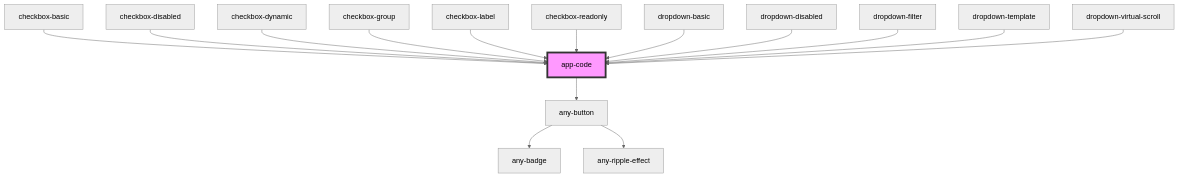
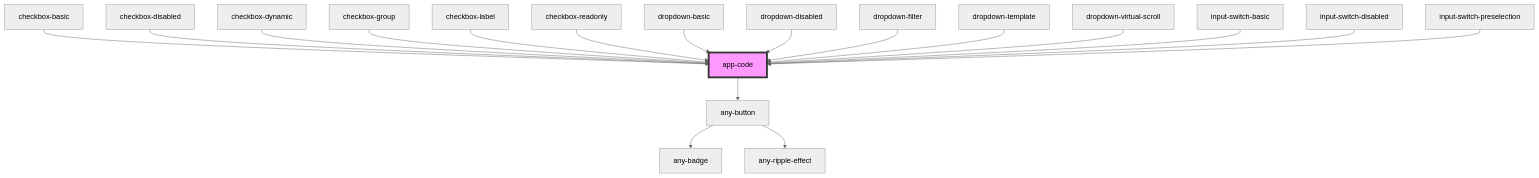
One commit to adaleks/anywhere-ui changed the diagram in packages/core/src/components/app-showcase/doc/app-code/readme.md. Above: the diagram before and after it, drawn with Mermaid (neutral theme). The commit also changed other lines of this file and 39 other files, not shown here.

Commit message:
Implemented showcase doc for input-switch component

````diff
--- a/packages/core/src/components/app-showcase/doc/app-code/readme.md
+++ b/packages/core/src/components/app-showcase/doc/app-code/readme.md
@@ -43,18 +46,21 @@
 ```mermaid
 graph TD;
   app-code --> any-button
   any-button --> any-badge
   any-button --> any-ripple-effect
   checkbox-basic --> app-code
   checkbox-disabled --> app-code
   checkbox-dynamic --> app-code
   checkbox-group --> app-code
   checkbox-label --> app-code
   checkbox-readonly --> app-code
   dropdown-basic --> app-code
   dropdown-disabled --> app-code
   dropdown-filter --> app-code
   dropdown-template --> app-code
   dropdown-virtual-scroll --> app-code
+  input-switch-basic --> app-code
+  input-switch-disabled --> app-code
+  input-switch-preselection --> app-code
   style app-code fill:#f9f,stroke:#333,stroke-width:4px
 ```
````
